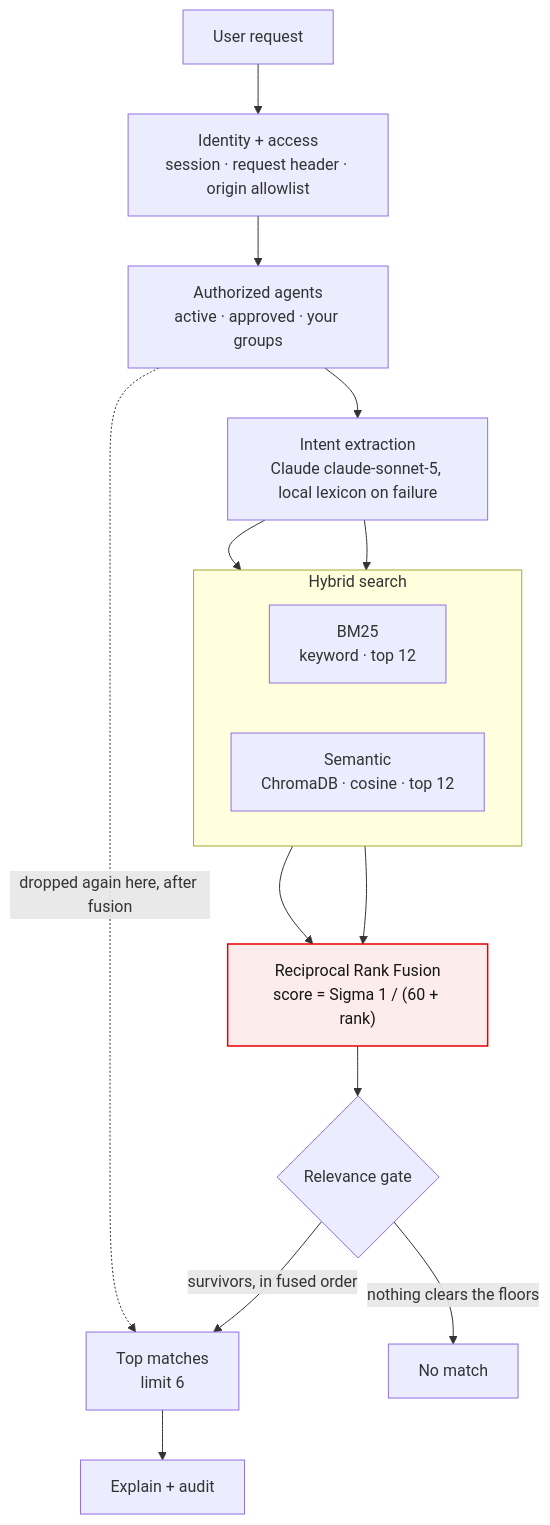
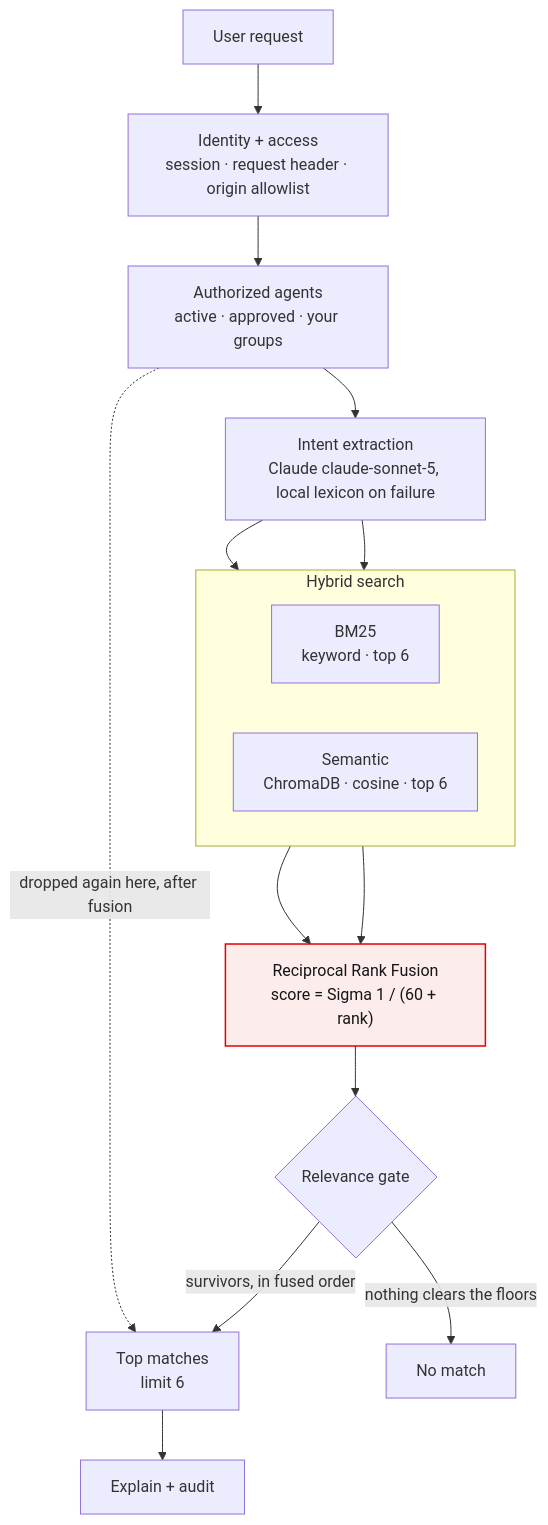
Before and after one commit to vivekprojects-GIT/CreditWiz: the diagram in docs/search-flow.md, drawn with Mermaid. The commit also changed other lines of this file and 3 other files, not shown here.

````diff
--- a/docs/search-flow.md
+++ b/docs/search-flow.md
@@ -10,34 +10,34 @@
 ```mermaid
 flowchart TB
   Q["User request"]
   A["Identity + access<br/>session · request header · origin allowlist"]
   V["Authorized agents<br/>active · approved · your groups"]
   I["Intent extraction<br/>Claude claude-sonnet-5, local lexicon on failure"]
   R["Reciprocal Rank Fusion<br/>score = Sigma 1 / (60 + rank)"]
   G{"Relevance gate"}
   T["Top matches<br/>limit 6"]
   N["No match"]
   X["Explain + audit"]
 
   subgraph H ["Hybrid search"]
     direction LR
-    K["BM25<br/>keyword · top 12"]
-    S["Semantic<br/>ChromaDB · cosine · top 12"]
+    K["BM25<br/>keyword · top 6"]
+    S["Semantic<br/>ChromaDB · cosine · top 6"]
   end
 
   Q --> A
   A --> V
   V --> I
   I --> S
   I --> K
   S --> R
   K --> R
   R --> G
   G -- "survivors, in fused order" --> T
   G -- "nothing clears the floors" --> N
   T --> X
   V -. "dropped again here, after fusion" .-> T
 
   classDef fuse fill:#fdecec,stroke:#e60000,stroke-width:1.5px,color:#141516
   class R fuse
 ```
````
